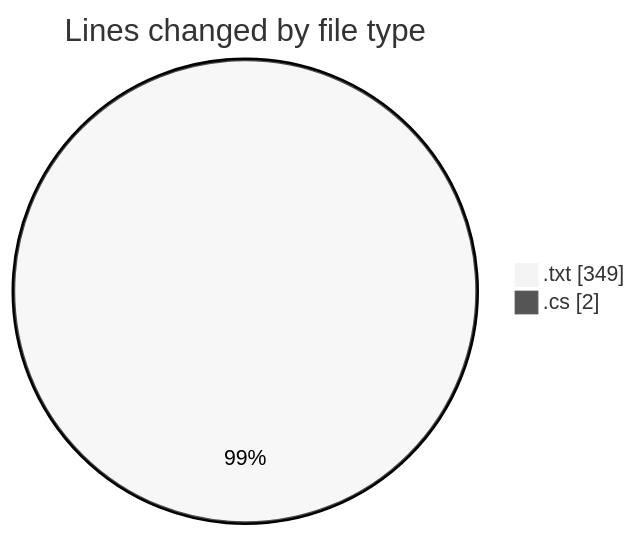
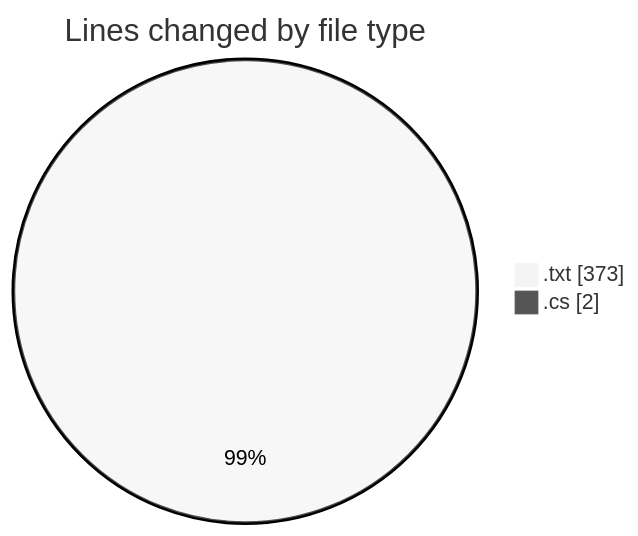
One commit to lephambinh05/code-tracking changed the first of 2 diagrams in 2025-07-26/quanlyrapchieuphim-1/README.md. Above: the diagram before and after it, drawn with Mermaid (neutral theme). The commit also changed other lines of this file and 1 other file, not shown here.

````diff
--- a/2025-07-26/quanlyrapchieuphim-1/README.md
+++ b/2025-07-26/quanlyrapchieuphim-1/README.md
@@ -21,6 +21,6 @@
 ```mermaid
 pie showData
 title Lines changed by file type
-".txt" : 349
+".txt" : 373
 ".cs" : 2
 ```
````
